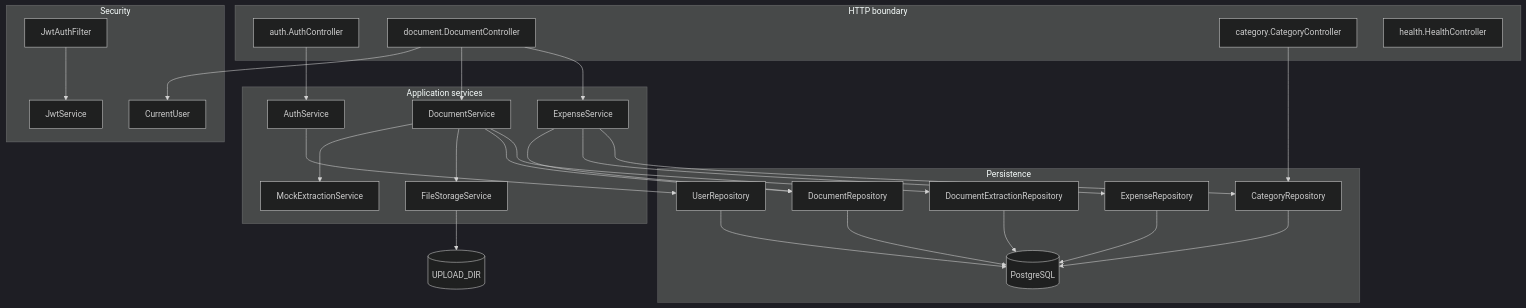
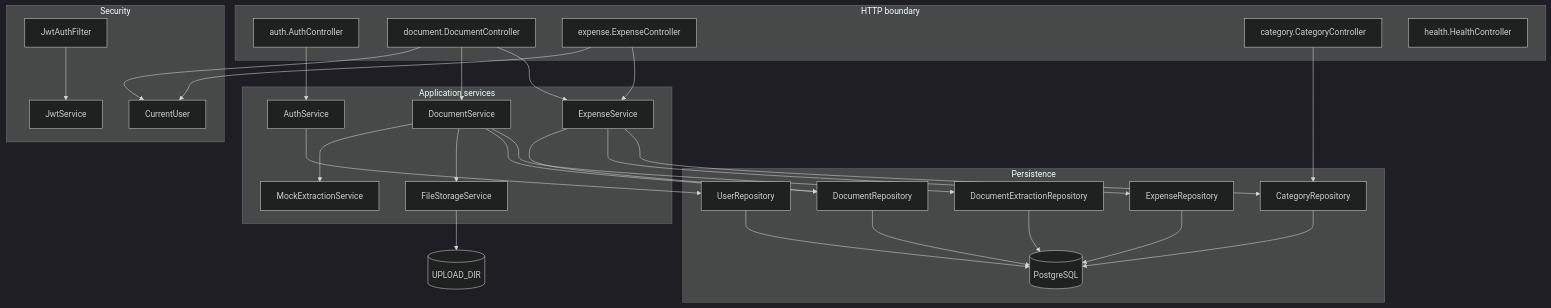
Before and after one commit to 22simeon14/finance_tracker: the third of 7 diagrams in docs/architecture.md, drawn with Mermaid (dark theme). The commit also changed other lines of this file, not shown here.

````diff
--- a/docs/architecture.md
+++ b/docs/architecture.md
@@ -135,52 +135,55 @@
 ```mermaid
 flowchart TB
     subgraph api ["HTTP boundary"]
         AuthC[auth.AuthController]
         DocC[document.DocumentController]
+        ExpC[expense.ExpenseController]
         CatC[category.CategoryController]
         HealthC[health.HealthController]
     end
 
     subgraph security ["Security"]
         Filter[JwtAuthFilter]
         Jwt[JwtService]
         CU[CurrentUser]
     end
 
     subgraph services ["Application services"]
         AuthS[AuthService]
         DocS[DocumentService]
         ExpS[ExpenseService]
         Mock[MockExtractionService]
         Files[FileStorageService]
     end
 
     subgraph data ["Persistence"]
         UserR[UserRepository]
         DocR[DocumentRepository]
         ExtR[DocumentExtractionRepository]
         ExpR[ExpenseRepository]
         CatR[CategoryRepository]
         PG[(PostgreSQL)]
     end
 
     Filter --> Jwt
     AuthC --> AuthS --> UserR
     DocC --> CU
     DocC --> DocS
     DocC --> ExpS
+    ExpC --> CU
+    ExpC --> ExpS
     DocS --> Mock
     DocS --> Files
     DocS --> DocR
     DocS --> ExtR
     ExpS --> DocR
     ExpS --> ExpR
     ExpS --> CatR
     CatC --> CatR
     UserR --> PG
     DocR --> PG
     ExtR --> PG
     ExpR --> PG
     CatR --> PG
     Files --> Disk[(UPLOAD_DIR)]
 ```
````
